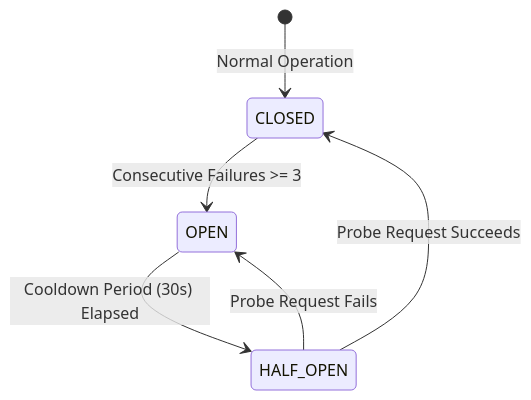
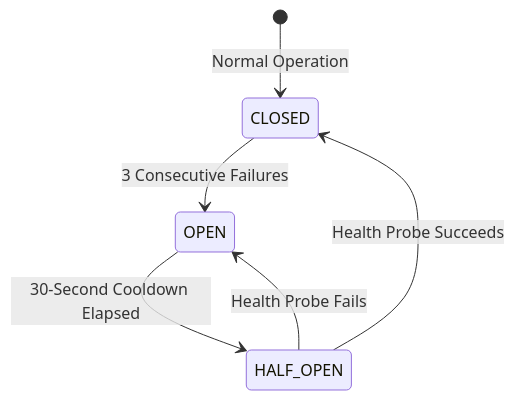
The second of 2 diagrams in tasks/30-multi-protocol-aggregator/README.md (wakanda-soul/pharos-ai), drawn with Mermaid before and after one commit. The commit also changed other lines of this file, not shown here.

Commit message:
Refactor multi protocol aggregator documentation and architecture flow

````diff
--- a/tasks/30-multi-protocol-aggregator/README.md
+++ b/tasks/30-multi-protocol-aggregator/README.md
@@ -67,8 +71,8 @@
 ```mermaid
 stateDiagram-v2
     [*] --> CLOSED : Normal Operation
-    CLOSED --> OPEN : Consecutive Failures >= 3
-    OPEN --> HALF_OPEN : Cooldown Period (30s) Elapsed
-    HALF_OPEN --> CLOSED : Probe Request Succeeds
-    HALF_OPEN --> OPEN : Probe Request Fails
+    CLOSED --> OPEN : 3 Consecutive Failures
+    OPEN --> HALF_OPEN : 30-Second Cooldown Elapsed
+    HALF_OPEN --> CLOSED : Health Probe Succeeds
+    HALF_OPEN --> OPEN : Health Probe Fails
 ```
````
